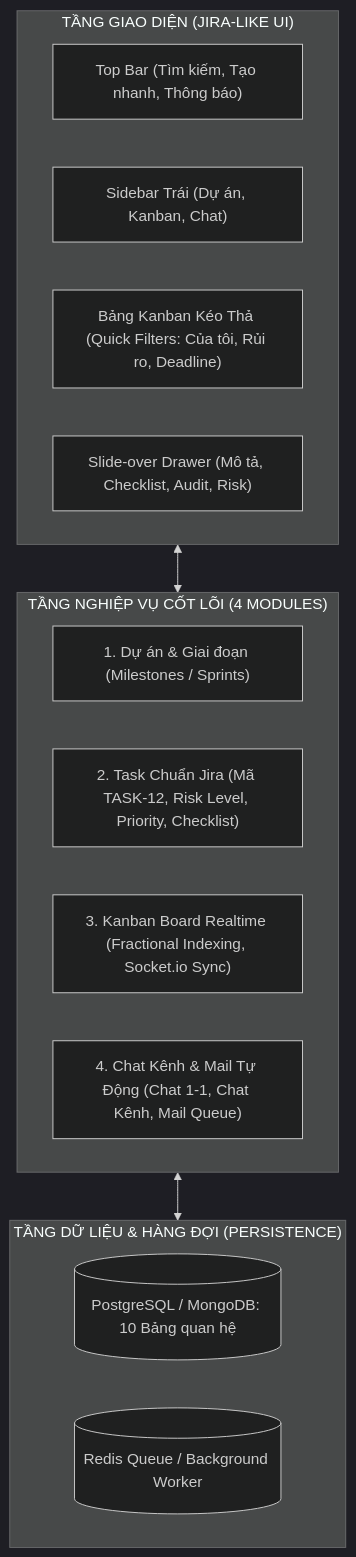
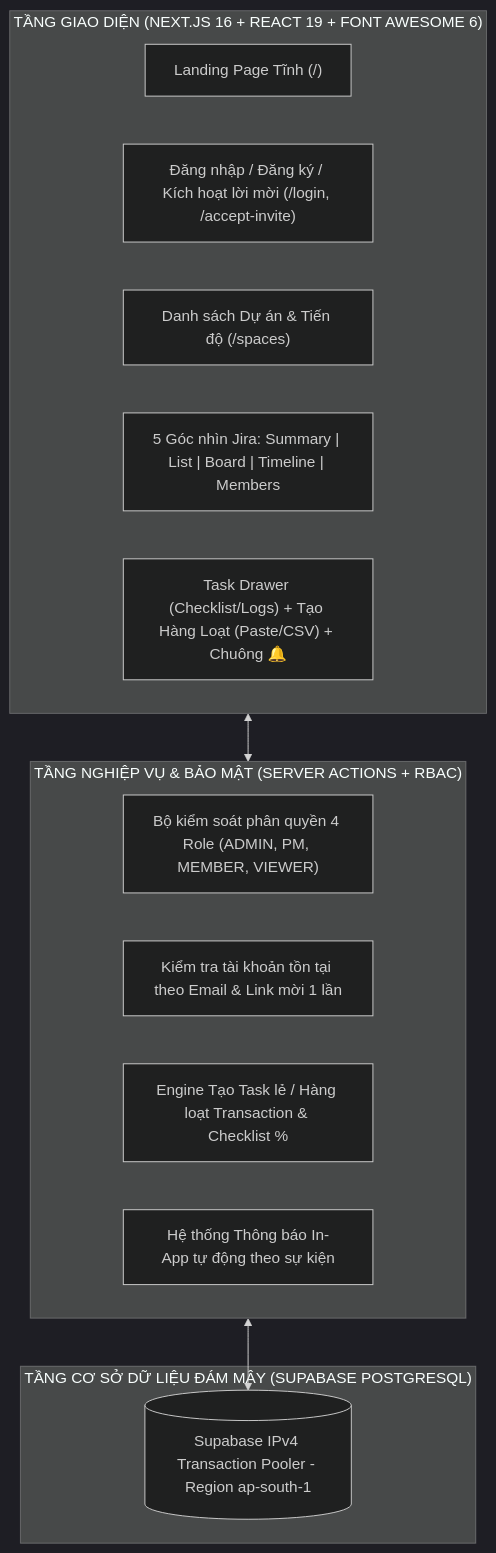
Before and after one commit to HuyDdoox/taskmg: the diagram in docs/ke_hoach_tong_the_du_an.md, drawn with Mermaid (dark theme). The commit also changed other lines of this file and 14 other files, not shown here.

Commit message:
feat(polish): secure demo login whitelist, inline edit in TaskDrawer, smart tag parsing in BulkCreate, clean dead code & sync docs

````diff
--- a/docs/ke_hoach_tong_the_du_an.md
+++ b/docs/ke_hoach_tong_the_du_an.md
@@ -11,24 +12,24 @@
 ```mermaid
 flowchart TD
-    subgraph UI ["TẦNG GIAO DIỆN (JIRA-LIKE UI)"]
-        Nav["Top Bar (Tìm kiếm, Tạo nhanh, Thông báo)"]
-        Sidebar["Sidebar Trái (Dự án, Kanban, Chat)"]
-        Board["Bảng Kanban Kéo Thả (Quick Filters: Của tôi, Rủi ro, Deadline)"]
-        Drawer["Slide-over Drawer (Mô tả, Checklist, Audit, Risk)"]
+    subgraph UI ["TẦNG GIAO DIỆN (NEXT.JS 16 + REACT 19 + FONT AWESOME 6)"]
+        Landing["Landing Page Tĩnh (/)"]
+        Auth["Đăng nhập / Đăng ký / Kích hoạt lời mời (/login, /accept-invite)"]
+        Spaces["Danh sách Dự án & Tiến độ (/spaces)"]
+        Workspace["5 Góc nhìn Jira: Summary | List | Board | Timeline | Members"]
+        Modals["Task Drawer (Checklist/Logs) + Tạo Hàng Loạt (Paste/CSV) + Chuông 🔔"]
     end
 
-    subgraph Core ["TẦNG NGHIỆP VỤ CỐT LÕI (4 MODULES)"]
-        M1["1. Dự án & Giai đoạn (Milestones / Sprints)"]
-        M2["2. Task Chuẩn Jira (Mã TASK-12, Risk Level, Priority, Checklist)"]
-        M3["3. Kanban Board Realtime (Fractional Indexing, Socket.io Sync)"]
-        M4["4. Chat Kênh & Mail Tự Động (Chat 1-1, Chat Kênh, Mail Queue)"]
+    subgraph Core ["TẦNG NGHIỆP VỤ & BẢO MẬT (SERVER ACTIONS + RBAC)"]
+        RBAC["Bộ kiểm soát phân quyền 4 Role (ADMIN, PM, MEMBER, VIEWER)"]
+        EmailCheck["Kiểm tra tài khoản tồn tại theo Email & Link mời 1 lần"]
+        TaskEngine["Engine Tạo Task lẻ / Hàng loạt Transaction & Checklist %"]
+        NotifEngine["Hệ thống Thông báo In-App tự động theo sự kiện"]
     end
 
-    subgraph Data ["TẦNG DỮ LIỆU & HÀNG ĐỢI (PERSISTENCE)"]
-        DB[(PostgreSQL / MongoDB: 10 Bảng quan hệ)]
-        Queue[(Redis Queue / Background Worker)]
+    subgraph Data ["TẦNG CƠ SỞ DỮ LIỆU ĐÁM MÂY (SUPABASE POSTGRESQL)"]
+        Pooler[(Supabase IPv4 Transaction Pooler - Region ap-south-1)]
     end
 
     UI <--> Core
-    Core <--> Data
+    Core <--> Pooler
 ```
````
